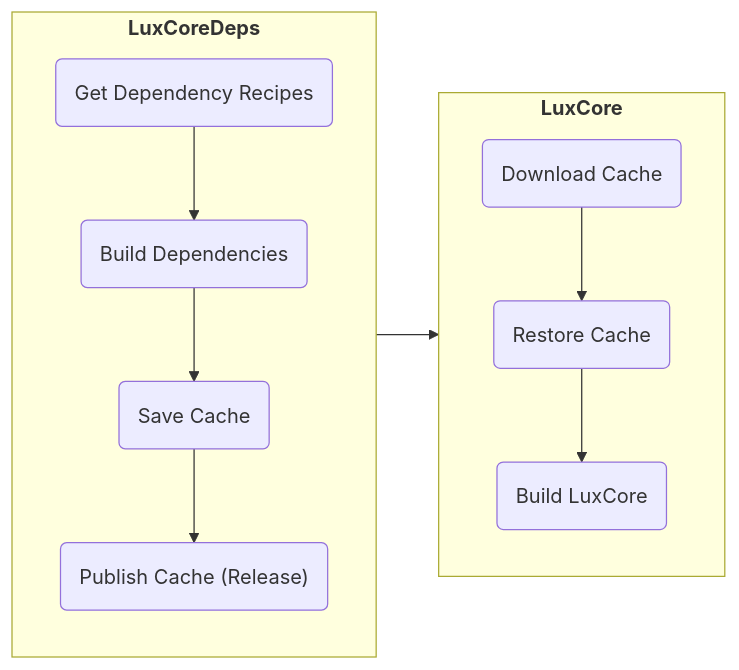
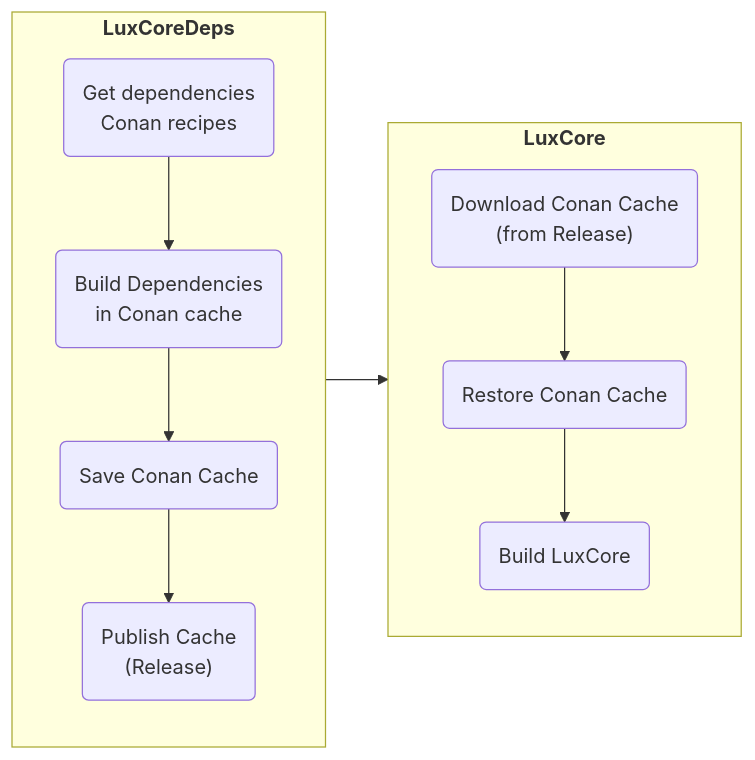
One commit to LuxCoreRender/LuxCoreDeps changed the diagram in README.md. Above: the diagram before and after it, drawn with Mermaid. The commit also changed other lines of this file, not shown here.

````diff
--- a/README.md
+++ b/README.md
@@ -26,17 +29,20 @@
 ```mermaid
 flowchart LR
 
   subgraph Deps ["`**LuxCoreDeps**`"]
   direction TB
-  GetDeps(Get Dependency Recipes) --> BuildDeps(Build Dependencies)
-  --> Save(Save Cache) --> Publish("Publish Cache (Release)");
+  GetDeps("Get dependencies<br />Conan recipes")
+  --> BuildDeps(Build Dependencies<br /> in Conan cache)
+  --> Save(Save Conan Cache)
+  --> Publish("Publish Cache<br />(Release)");
   end
 
   subgraph Core ["`**LuxCore**`"]
   direction TB
-  Download(Download Cache) --> Restore(Restore Cache)
+  Download("Download Conan Cache<br />(from Release)")
+  --> Restore(Restore Conan Cache)
   --> BuildLux(Build LuxCore);
   end
 
   Deps --> Core
 ```
````
